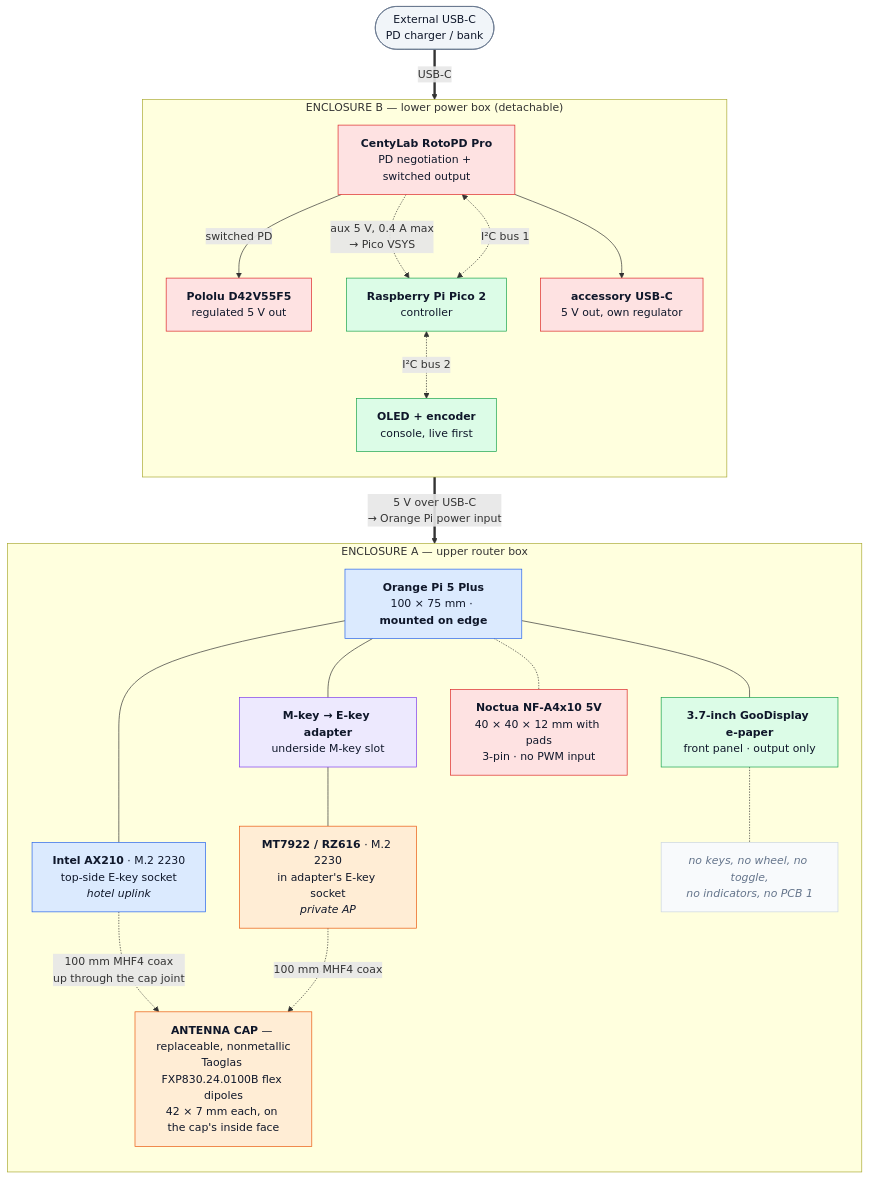
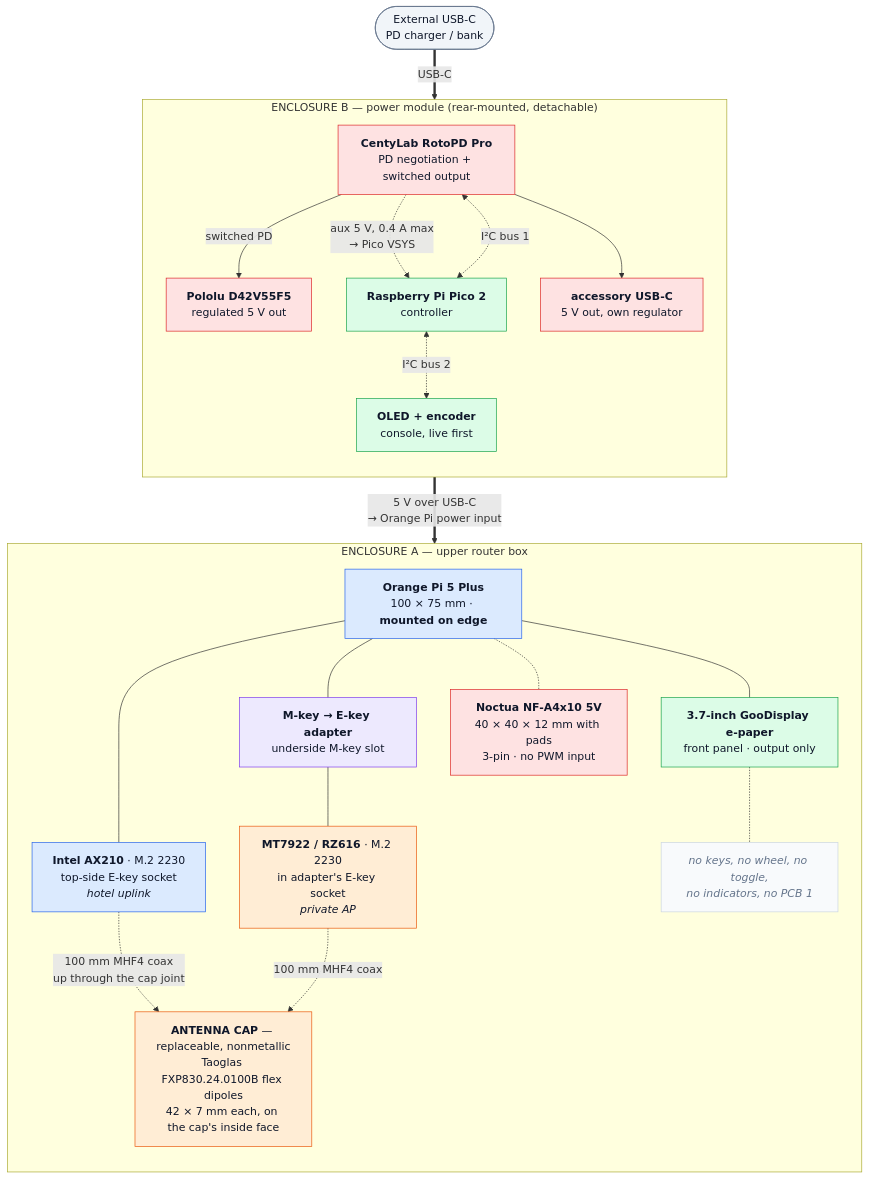
Before and after one commit to ParkWardRR/vezha: the diagram in docs/01-architecture.md, drawn with Mermaid. The commit also changed other lines of this file and 5 other files, not shown here.

````diff
--- a/docs/01-architecture.md
+++ b/docs/01-architecture.md
@@ -143,50 +145,50 @@
 ```mermaid
 flowchart TB
     CHG([External USB-C<br/>PD charger / bank]):::ext
 
-    subgraph B["ENCLOSURE B — lower power box (detachable)"]
+    subgraph B["ENCLOSURE B — power module (rear-mounted, detachable)"]
         direction TB
         ROTO["<b>CentyLab RotoPD Pro</b><br/>PD negotiation + switched output"]:::pwr
         PICO["<b>Raspberry Pi Pico 2</b><br/>controller"]:::ctl
         POLOLU["<b>Pololu D42V55F5</b><br/>regulated 5 V out"]:::pwr
         CON["<b>OLED + encoder</b><br/>console, live first"]:::ctl
         ACC["<b>accessory USB-C</b><br/>5 V out, own regulator"]:::pwr
         ROTO -->|switched PD| POLOLU
         ROTO -.->|"aux 5 V, 0.4 A max<br/>→ Pico VSYS"| PICO
         PICO <-.->|"I²C bus 1"| ROTO
         PICO <-.->|"I²C bus 2"| CON
         ROTO --> ACC
     end
 
     subgraph A["ENCLOSURE A — upper router box"]
         direction TB
         CAP["<b>ANTENNA CAP</b> — replaceable, nonmetallic<br/>Taoglas FXP830.24.0100B flex dipoles<br/>42 × 7 mm each, on the cap's inside face"]:::ant
         PI["<b>Orange Pi 5 Plus</b><br/>100 × 75 mm · <b>mounted on edge</b>"]:::core
         AX["<b>Intel AX210</b> · M.2 2230<br/>top-side E-key socket<br/><i>hotel uplink</i>"]:::up
         ADP["<b>M-key → E-key adapter</b><br/>underside M-key slot"]:::adp
         MT["<b>MT7922 / RZ616</b> · M.2 2230<br/>in adapter's E-key socket<br/><i>private AP</i>"]:::ap
         EPD["<b>3.7-inch GooDisplay e-paper</b><br/>front panel · output only"]:::ctl
         FAN["<b>Noctua NF-A4x10 5V</b><br/>40 × 40 × 12 mm with pads<br/>3-pin · no PWM input"]:::pwr
         HL["<i>no keys, no wheel, no toggle,<br/>no indicators, no PCB 1</i>"]:::ghost
         PI --- AX
         PI --- ADP --- MT
         AX -.->|"100 mm MHF4 coax<br/>up through the cap joint"| CAP
         MT -.->|"100 mm MHF4 coax"| CAP
         PI --- EPD
         PI -.- FAN
         EPD -.- HL
     end
 
     CHG ==>|USB-C| ROTO
     POLOLU ==>|"5 V over USB-C<br/>→ Orange Pi power input"| PI
 
     classDef ext fill:#f1f5f9,stroke:#64748b,color:#0f172a
     classDef pwr fill:#fee2e2,stroke:#dc2626,color:#0f172a
     classDef ctl fill:#dcfce7,stroke:#16a34a,color:#0f172a
     classDef core fill:#dbeafe,stroke:#2563eb,color:#0f172a
     classDef up fill:#dbeafe,stroke:#2563eb,color:#0f172a
     classDef ap fill:#ffedd5,stroke:#ea580c,color:#0f172a
     classDef adp fill:#ede9fe,stroke:#7c3aed,color:#0f172a
     classDef ant fill:#ffedd5,stroke:#ea580c,color:#0f172a
     classDef ghost fill:#f8fafc,stroke:#cbd5e1,color:#64748b
 ```
````
